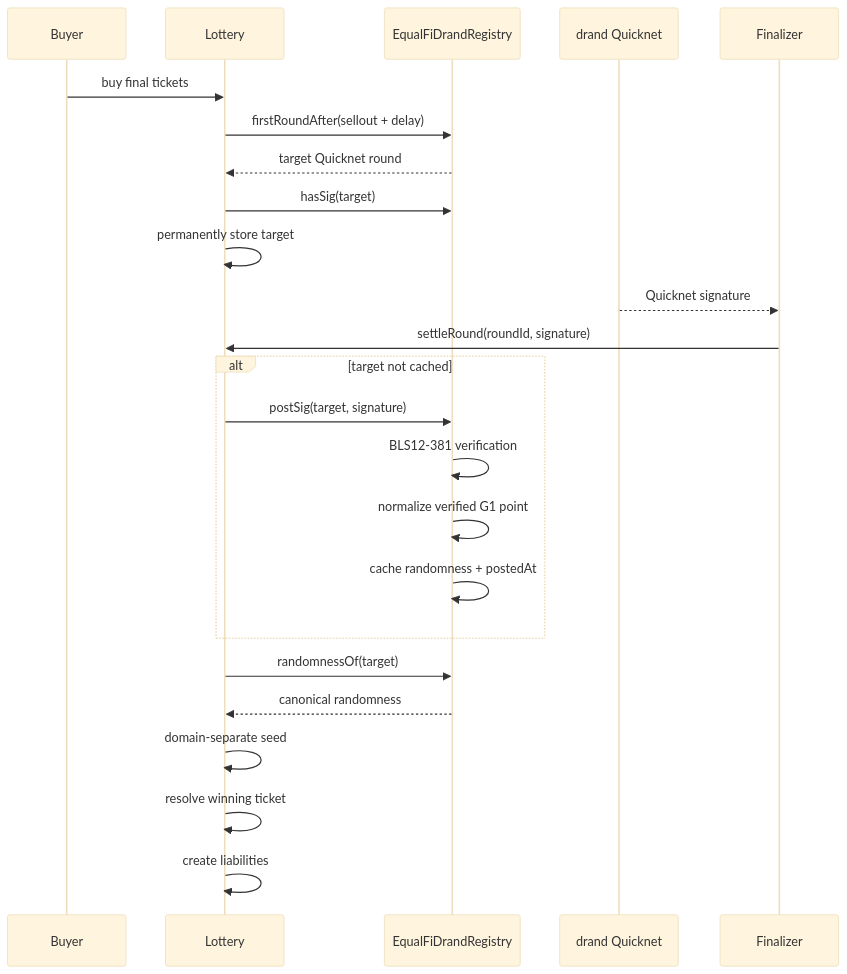
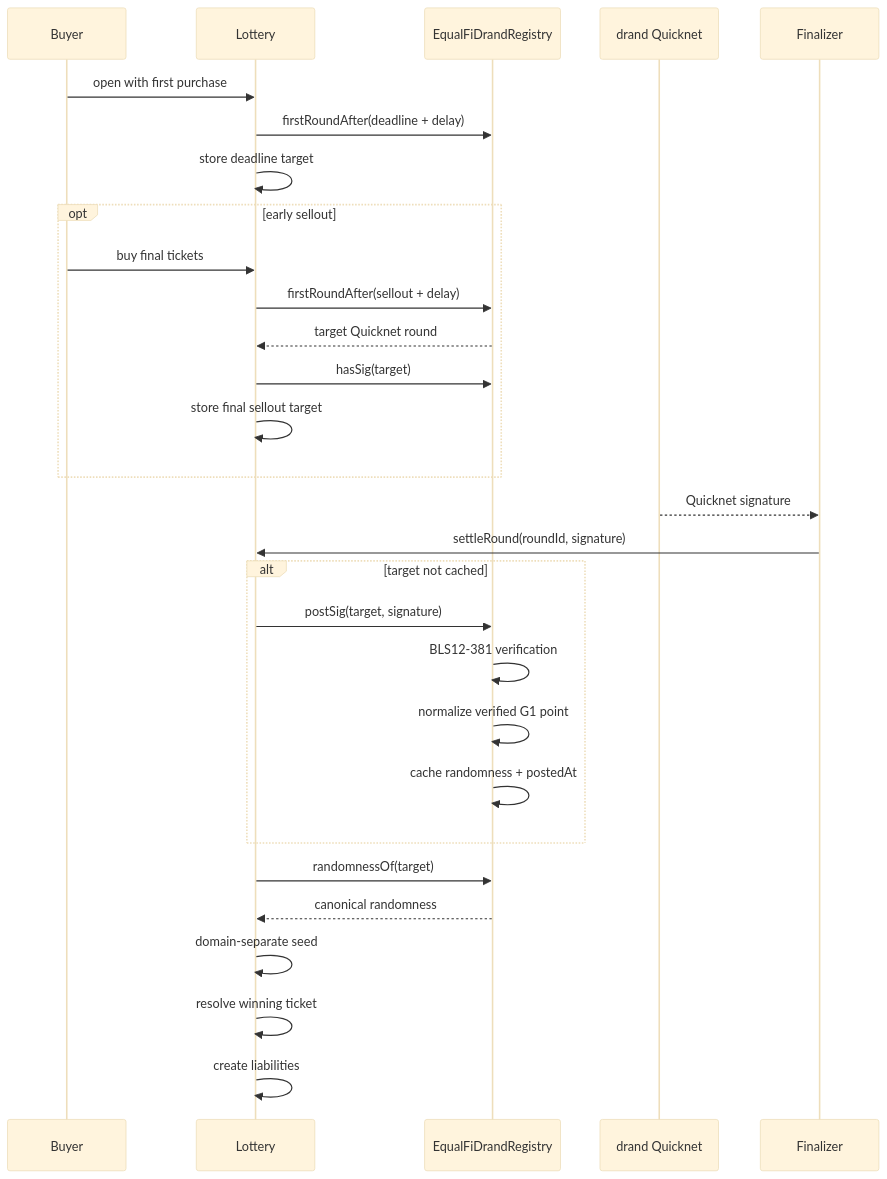
One commit to EqualFiLabs/fiddy changed the fourth of 5 diagrams in specs/design.md. Above: the diagram before and after it, drawn with Mermaid (base theme). The commit also changed other lines of this file and 10 other files, not shown here.

First line of the commit message:
docs: specify draws for unsold rounds after their deadline

````diff
--- a/specs/design.md
+++ b/specs/design.md
@@ -137,27 +136,32 @@
 ```mermaid
 sequenceDiagram
     participant Buyer
     participant Lottery
     participant Registry as EqualFiDrandRegistry
     participant Drand as drand Quicknet
     participant Finalizer
 
+    Buyer->>Lottery: open with first purchase
+    Lottery->>Registry: firstRoundAfter(deadline + delay)
+    Lottery->>Lottery: store deadline target
+    opt early sellout
     Buyer->>Lottery: buy final tickets
     Lottery->>Registry: firstRoundAfter(sellout + delay)
     Registry-->>Lottery: target Quicknet round
     Lottery->>Registry: hasSig(target)
-    Lottery->>Lottery: permanently store target
+    Lottery->>Lottery: store final sellout target
+    end
     Drand-->>Finalizer: Quicknet signature
     Finalizer->>Lottery: settleRound(roundId, signature)
     alt target not cached
         Lottery->>Registry: postSig(target, signature)
         Registry->>Registry: BLS12-381 verification
         Registry->>Registry: normalize verified G1 point
         Registry->>Registry: cache randomness + postedAt
     end
     Lottery->>Registry: randomnessOf(target)
     Registry-->>Lottery: canonical randomness
     Lottery->>Lottery: domain-separate seed
     Lottery->>Lottery: resolve winning ticket
     Lottery->>Lottery: create liabilities
 ```
````
